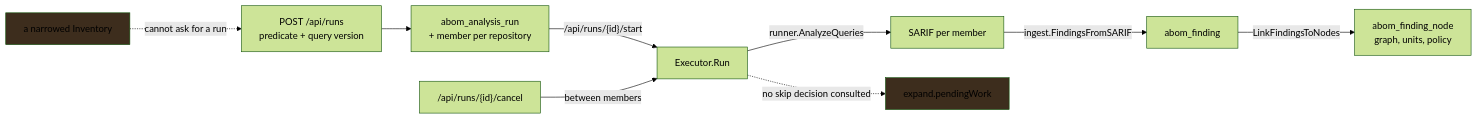
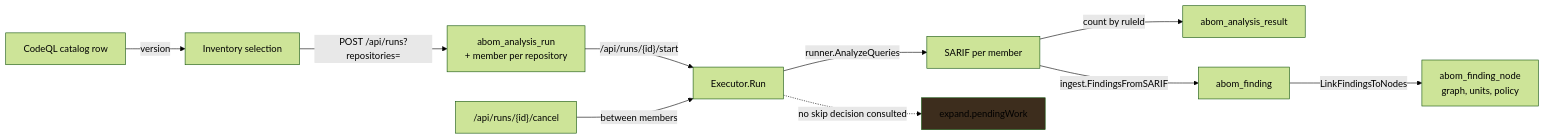
The diagram in plans/api/on-demand-analysis.md (advanced-security/codeql-abom), drawn with Mermaid (forest theme) before and after one commit. The commit also changed other lines of this file and 61 other files, not shown here.

First line of the commit message:
feat(QLaaS): CodeQL page with query requests, per-query run results and Inventory-scoped runs

````diff
--- a/plans/api/on-demand-analysis.md
+++ b/plans/api/on-demand-analysis.md
@@ -32,13 +34,13 @@
 ```mermaid
 flowchart LR
-    REQ["POST /api/runs<br/>predicate + query version"] --> REC["abom_analysis_run<br/>+ member per repository"]
+    CAT["CodeQL catalog row"] -->|"version"| INV["Inventory selection"]
+    INV -->|"POST /api/runs?repositories="| REC["abom_analysis_run<br/>+ member per repository"]
     REC -->|"/api/runs/{id}/start"| EXEC["Executor.Run"]
     EXEC -->|"runner.AnalyzeQueries"| SARIF["SARIF per member"]
+    SARIF -->|"count by ruleId"| RES["abom_analysis_result"]
     SARIF -->|"ingest.FindingsFromSARIF"| FIND["abom_finding"]
     FIND -->|"LinkFindingsToNodes"| NODE["abom_finding_node<br/>graph, units, policy"]
     STOP["/api/runs/{id}/cancel"] -->|"between members"| EXEC
     EXEC -. "no skip decision consulted" .-> PEND["expand.pendingWork"]
-    INV["a narrowed Inventory"] -. "cannot ask for a run" .-> REQ
     style PEND fill:#3d2d1d
-    style INV fill:#3d2d1d
 ```
````
